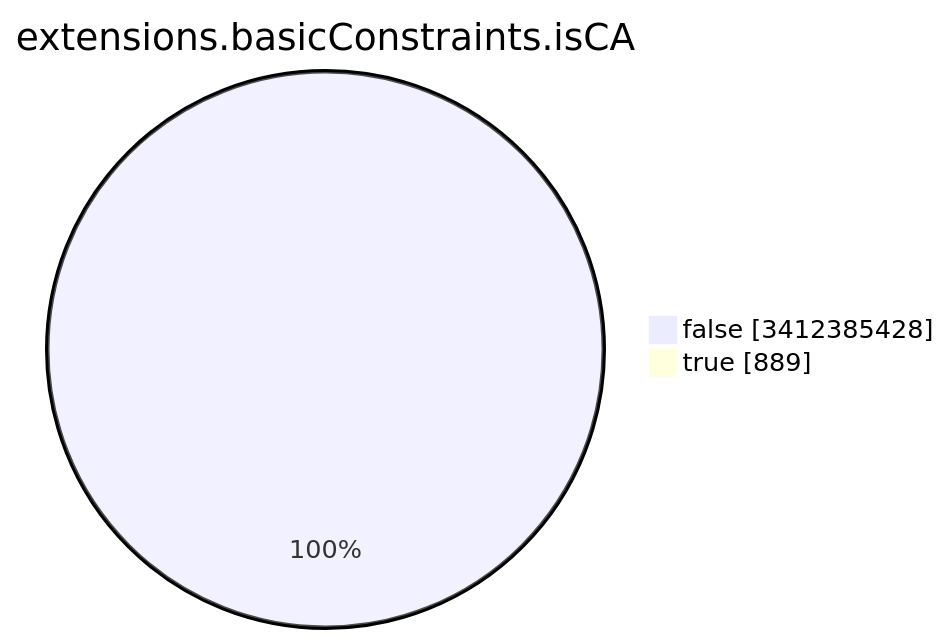
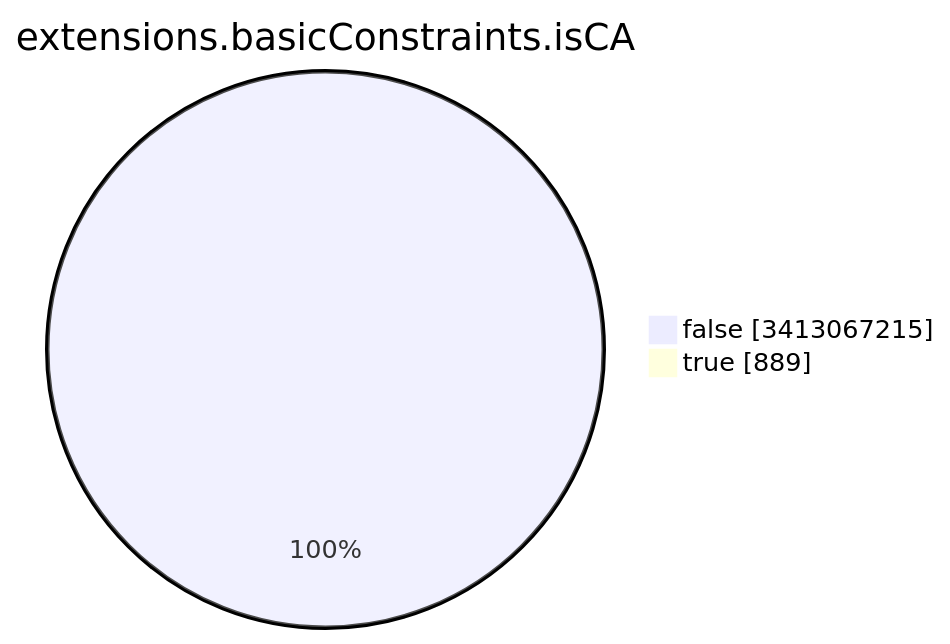
Before and after one commit to christiankrug/ctmonitor_visualization: the seventh of 15 diagrams in TOTAL/README.md, drawn with Mermaid. The commit also changed other lines of this file, not shown here.

````diff
--- a/TOTAL/README.md
+++ b/TOTAL/README.md
@@ -3092,6 +3092,6 @@
 ```mermaid
 pie showData
 title extensions.basicConstraints.isCA
-"false" :3412385428
+"false" :3413067215
 "true" :889
 ```
````
